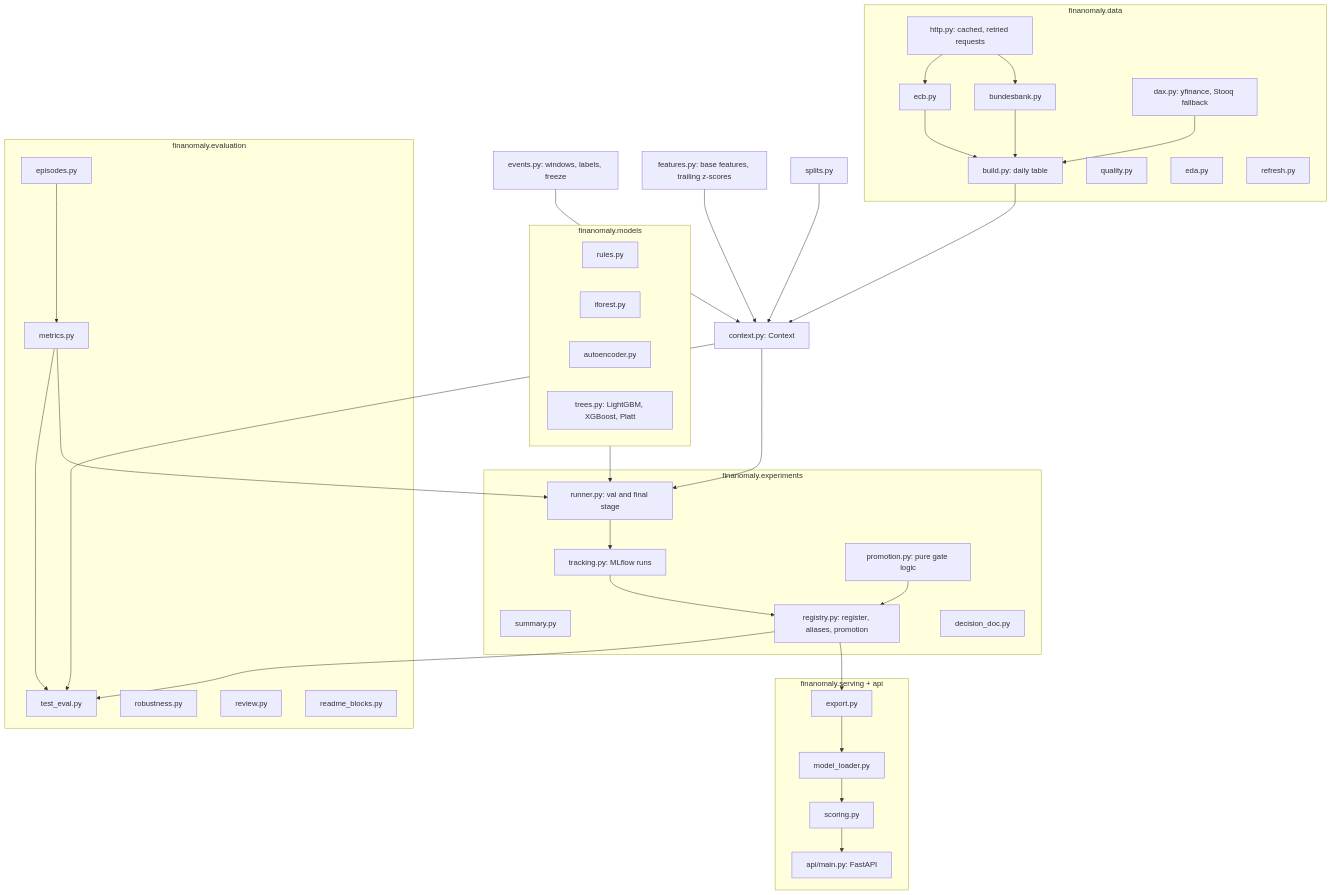
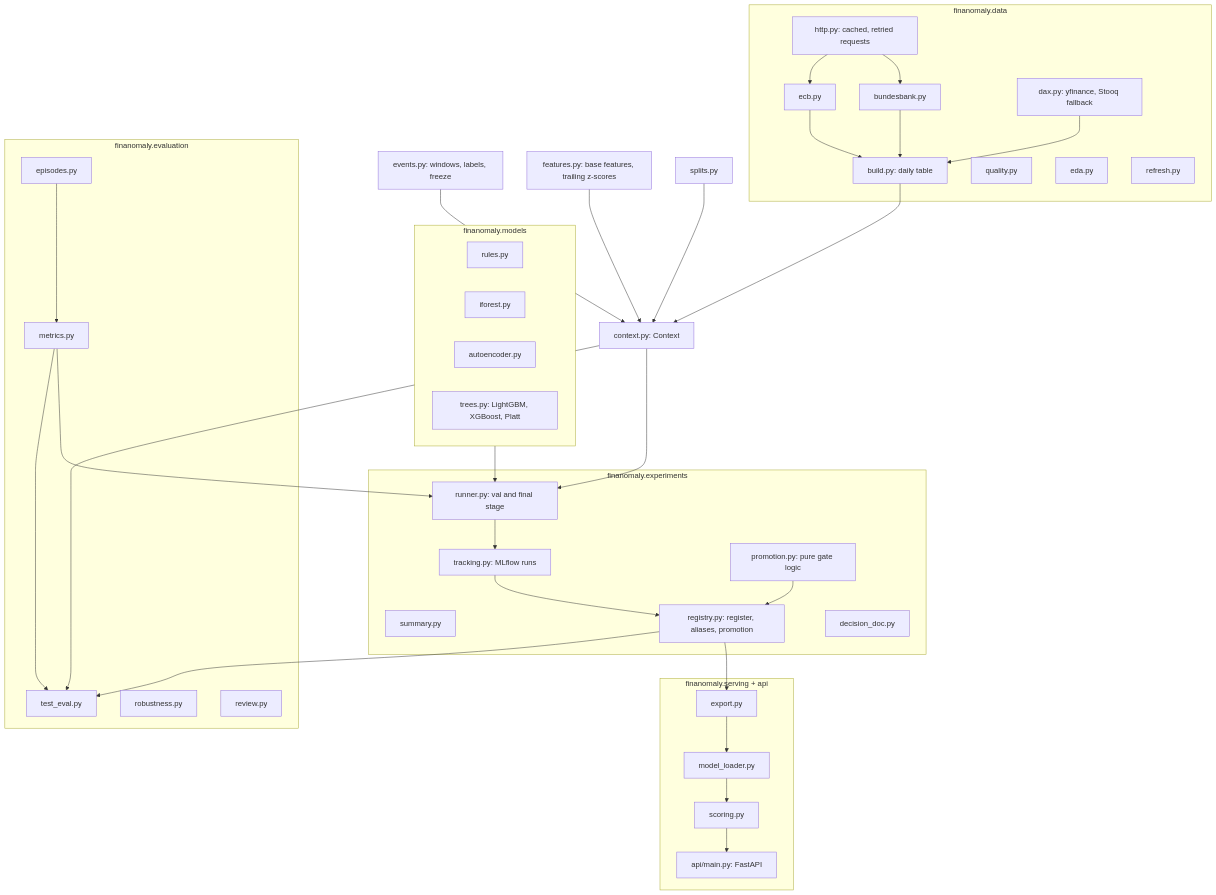
Before and after one commit to rajrejin/financial-anomaly-detection: the first of 3 diagrams in docs/ARCHITECTURE.md, drawn with Mermaid. The commit also changed 19 other files, not shown here.

````diff
--- a/docs/ARCHITECTURE.md
+++ b/docs/ARCHITECTURE.md
@@ -7,68 +7,67 @@
 ```mermaid
 flowchart TB
   subgraph data[finanomaly.data]
     http[http.py: cached, retried requests]
     bb[bundesbank.py]
     ecb[ecb.py]
     dax[dax.py: yfinance, Stooq fallback]
     build[build.py: daily table]
     quality[quality.py]
     eda[eda.py]
     refresh[refresh.py]
   end
   events[events.py: windows, labels, freeze]
   features[features.py: base features, trailing z-scores]
   splits[splits.py]
   ctx[context.py: Context]
   subgraph models[finanomaly.models]
     rules[rules.py]
     iforest[iforest.py]
     ae[autoencoder.py]
     trees[trees.py: LightGBM, XGBoost, Platt]
   end
   subgraph exp[finanomaly.experiments]
     runner[runner.py: val and final stage]
     tracking[tracking.py: MLflow runs]
     summary[summary.py]
     registry[registry.py: register, aliases, promotion]
     promotion[promotion.py: pure gate logic]
     decision[decision_doc.py]
   end
   subgraph ev[finanomaly.evaluation]
     episodes[episodes.py]
     metrics[metrics.py]
     testeval[test_eval.py]
     robust[robustness.py]
     review[review.py]
-    blocks[readme_blocks.py]
   end
   subgraph serve[finanomaly.serving + api]
     export[export.py]
     loader[model_loader.py]
     scoring[scoring.py]
     api[api/main.py: FastAPI]
   end
   bb --> build
   ecb --> build
   dax --> build
   http --> bb
   http --> ecb
   build --> ctx
   features --> ctx
   events --> ctx
   splits --> ctx
   ctx --> runner
   models --> runner
   runner --> tracking
   tracking --> registry
   promotion --> registry
   registry --> export
   export --> loader
   loader --> scoring
   scoring --> api
   ctx --> testeval
   registry --> testeval
   episodes --> metrics
   metrics --> runner
   metrics --> testeval
 ```
````
